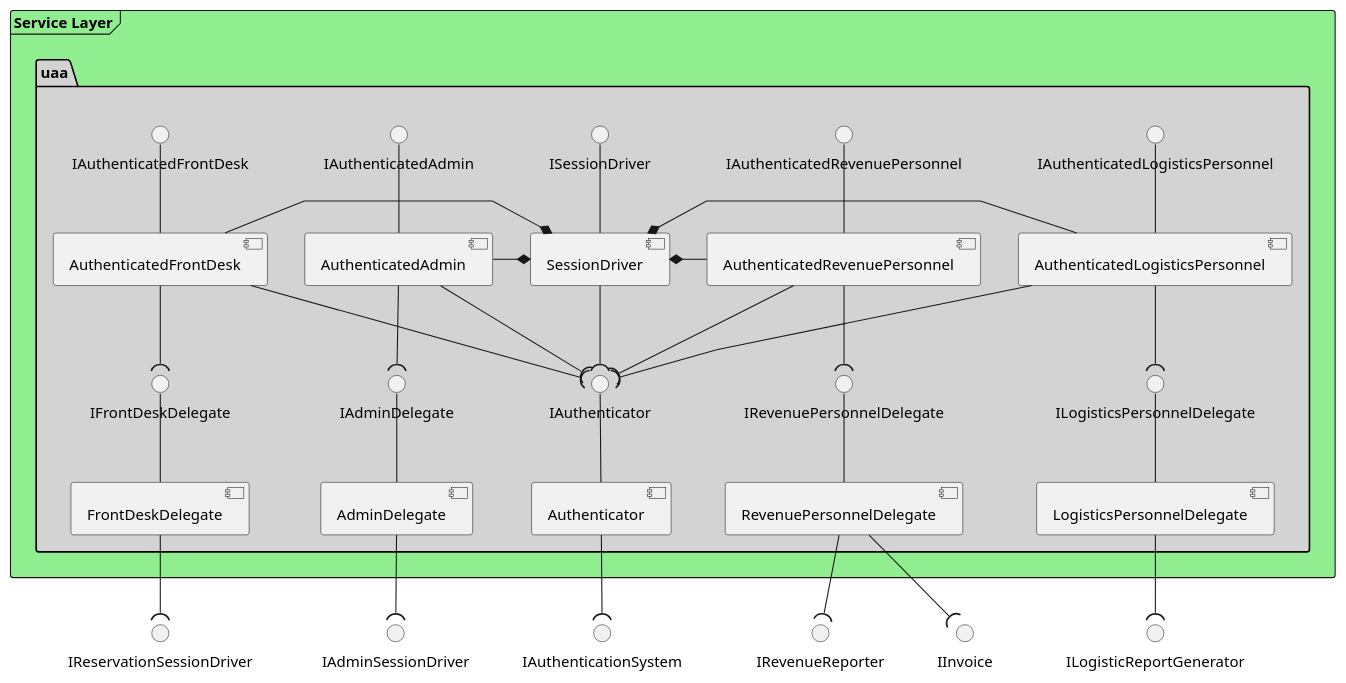
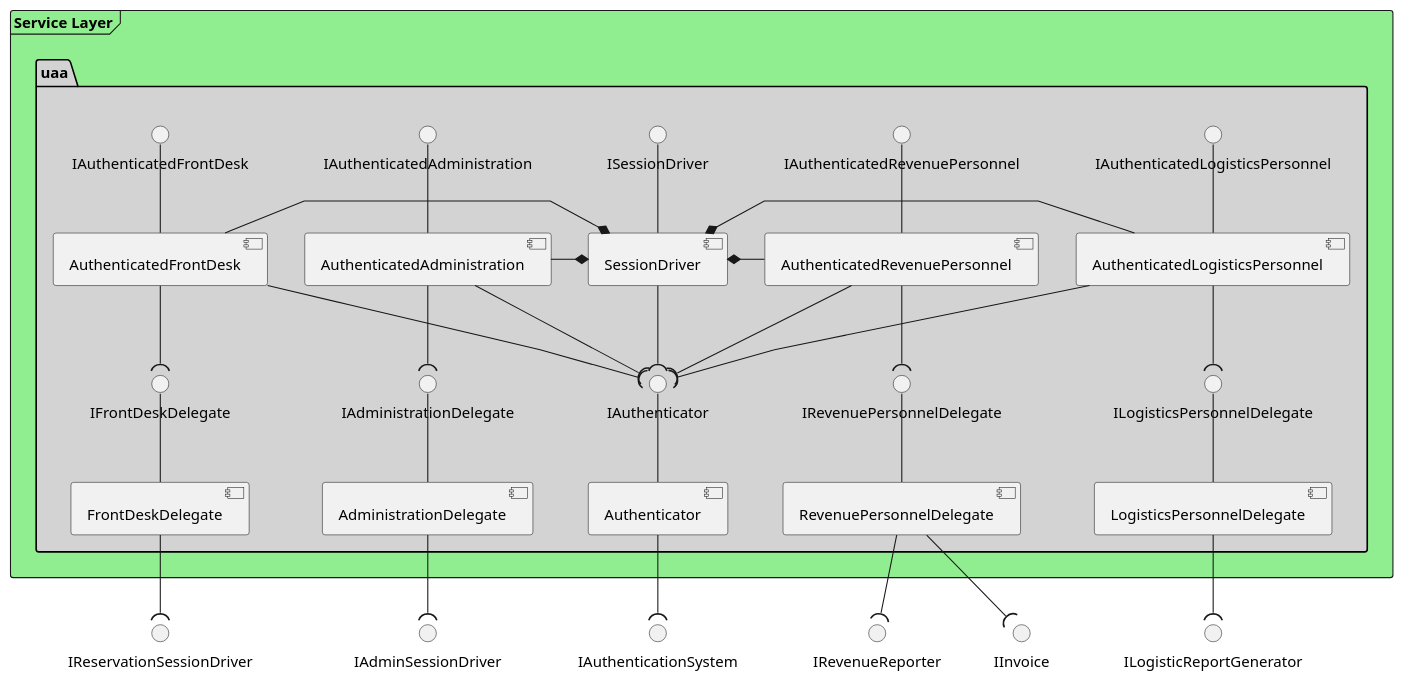
The diagram in docs/uml/architecture/uaa.puml (BBKbeam/mtRooms), drawn with PlantUML before and after one commit. The commit also changed 8 other files, not shown here.

Commit message:
[uml] Renamed uaa's 'Admin..' components to 'Administration..' for clarity; [uaa] Refactored "Admin" names into "Administration".

```diff
--- a/docs/uml/architecture/uaa.puml
+++ b/docs/uml/architecture/uaa.puml
@@ -1,55 +1,55 @@
 @startuml
 
 'skinparam linetype ortho
 skinparam linetype polyline
 'skinparam monochrome true
 
 skinparam package {
     backgroundColor lightgrey
 }
 
 frame "Service Layer" #lightgreen {
     package "uaa" {
         ISessionDriver -- [SessionDriver]
         IAuthenticator -- [Authenticator]
         IFrontDeskDelegate -- [FrontDeskDelegate]
         IAuthenticatedFrontDesk -- [AuthenticatedFrontDesk]
-        IAdminDelegate -- [AdminDelegate]
-        IAuthenticatedAdmin -- [AuthenticatedAdmin]
+        IAdministrationDelegate -- [AdministrationDelegate]
+        IAuthenticatedAdministration -- [AuthenticatedAdministration]
         IRevenuePersonnelDelegate -- [RevenuePersonnelDelegate]
         IAuthenticatedRevenuePersonnel -- [AuthenticatedRevenuePersonnel]
         ILogisticsPersonnelDelegate -- [LogisticsPersonnelDelegate]
         IAuthenticatedLogisticsPersonnel -- [AuthenticatedLogisticsPersonnel]
 
         AuthenticatedFrontDesk --( IAuthenticator
         AuthenticatedFrontDesk --( IFrontDeskDelegate
         SessionDriver --( IAuthenticator
-        AuthenticatedAdmin --( IAuthenticator
-        AuthenticatedAdmin --( IAdminDelegate
+        AuthenticatedAdministration --( IAuthenticator
+        AuthenticatedAdministration --( IAdministrationDelegate
         AuthenticatedLogisticsPersonnel --( IAuthenticator
         AuthenticatedLogisticsPersonnel --( ILogisticsPersonnelDelegate
         AuthenticatedRevenuePersonnel --( IAuthenticator
         AuthenticatedRevenuePersonnel --( IRevenuePersonnelDelegate
 
         SessionDriver *- AuthenticatedFrontDesk
-        SessionDriver *- AuthenticatedAdmin
+        SessionDriver *- AuthenticatedAdministration
         SessionDriver *- AuthenticatedRevenuePersonnel
         SessionDriver *- AuthenticatedLogisticsPersonnel
     }
 }
 
 '##---------------------------------##
 '## Service to Business Logic Layer ##
 '##---------------------------------##
-AdminDelegate --( IAdminSessionDriver
+AdministrationDelegate --( IAdminSessionDriver
 
 Authenticator --( IAuthenticationSystem
 
 FrontDeskDelegate --( IReservationSessionDriver
 
 RevenuePersonnelDelegate --( IRevenueReporter
 RevenuePersonnelDelegate --( IInvoice
 
 LogisticsPersonnelDelegate --( ILogisticReportGenerator
 
 @enduml
```
